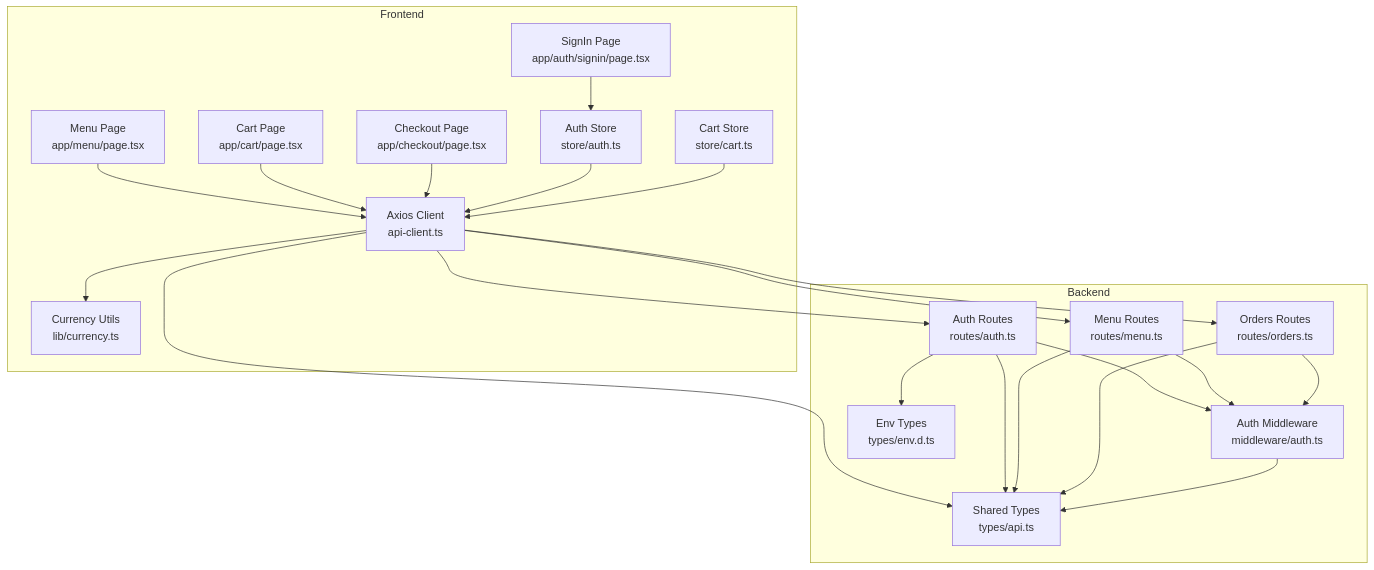
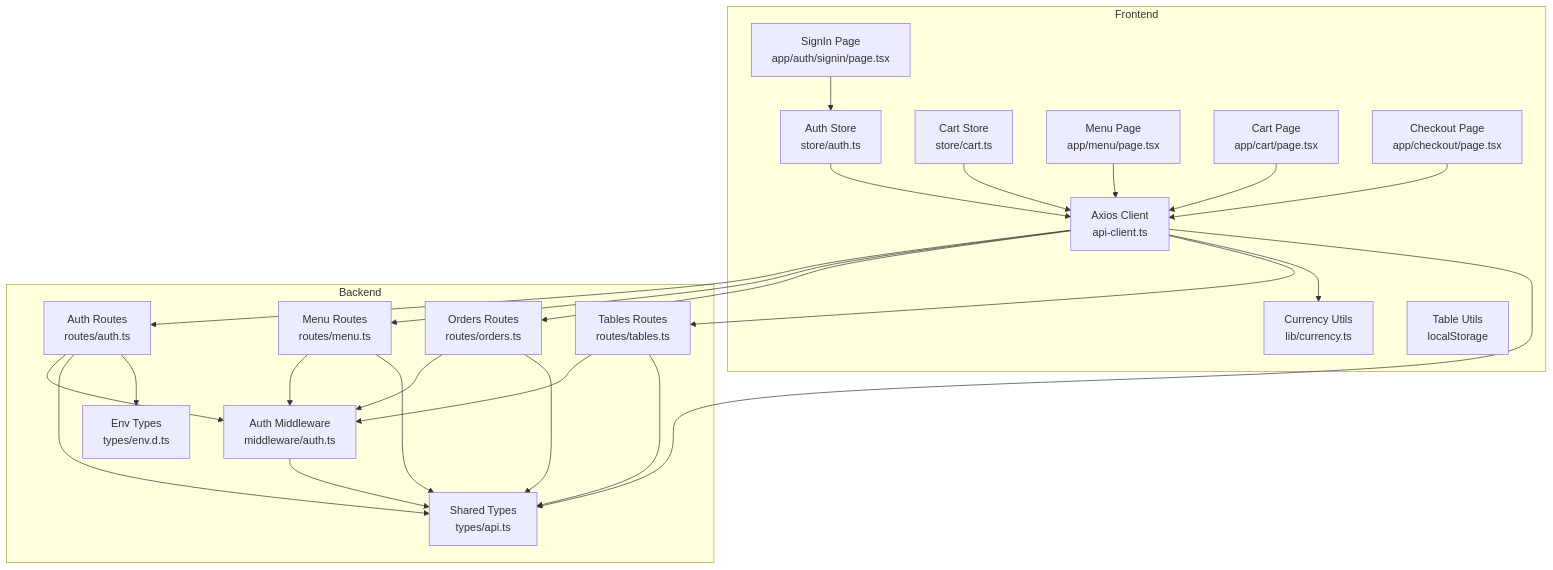
The first of 10 diagrams in .qoder/repowiki/en/content/Frontend System/API Integration.md (Dequeue-Tech/DeQ-Bite), drawn with Mermaid before and after one commit. The commit also changed other lines of this file and 25 other files, not shown here.

````diff
--- a/.qoder/repowiki/en/content/Frontend System/API Integration.md
+++ b/.qoder/repowiki/en/content/Frontend System/API Integration.md
@@ -41,40 +52,45 @@
 ```mermaid
 graph TB
 subgraph "Frontend"
 AX["Axios Client<br/>api-client.ts"]
 ST1["Auth Store<br/>store/auth.ts"]
 ST2["Cart Store<br/>store/cart.ts"]
 PG1["SignIn Page<br/>app/auth/signin/page.tsx"]
 PG2["Menu Page<br/>app/menu/page.tsx"]
 PG3["Cart Page<br/>app/cart/page.tsx"]
 PG4["Checkout Page<br/>app/checkout/page.tsx"]
 CUR["Currency Utils<br/>lib/currency.ts"]
+TBL["Table Utils<br/>localStorage"]
 end
 subgraph "Backend"
 RT1["Auth Routes<br/>routes/auth.ts"]
 RT2["Menu Routes<br/>routes/menu.ts"]
 RT3["Orders Routes<br/>routes/orders.ts"]
+RT4["Tables Routes<br/>routes/tables.ts"]
 MW["Auth Middleware<br/>middleware/auth.ts"]
 TY["Shared Types<br/>types/api.ts"]
 EV["Env Types<br/>types/env.d.ts"]
 end
 PG1 --> ST1
 PG2 --> AX
 PG3 --> AX
 PG4 --> AX
 ST1 --> AX
 ST2 --> AX
 AX --> RT1
 AX --> RT2
 AX --> RT3
+AX --> RT4
 RT1 --> MW
 RT2 --> MW
 RT3 --> MW
+RT4 --> MW
 AX --> CUR
 AX --> TY
 RT1 --> TY
 RT2 --> TY
 RT3 --> TY
+RT4 --> TY
 MW --> TY
 RT1 --> EV
 ```
````
